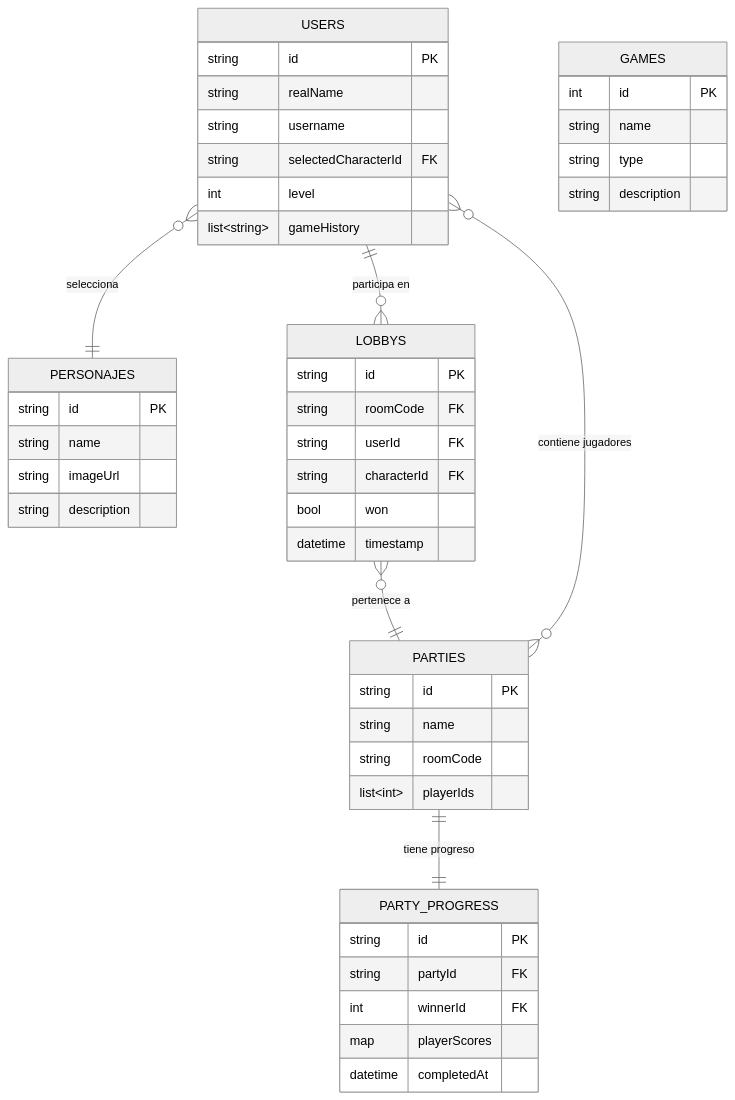
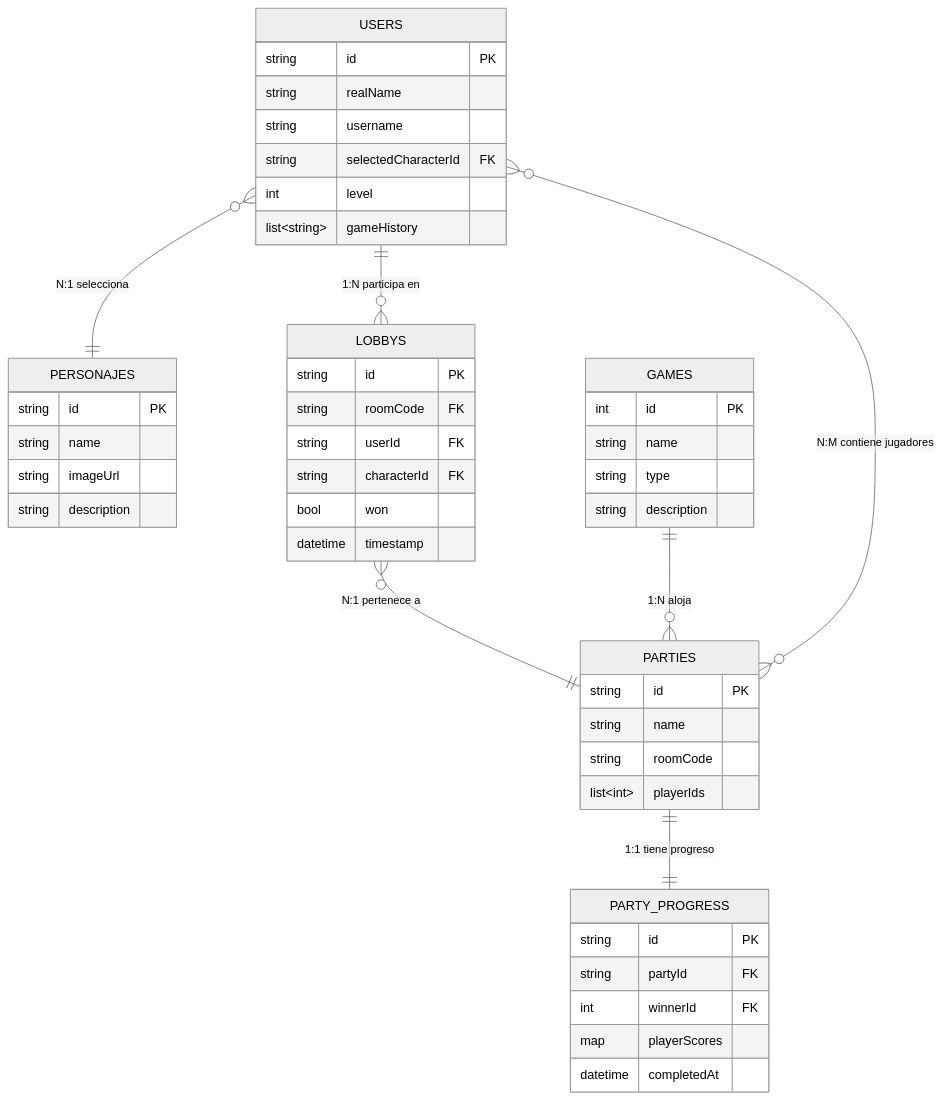
Before and after one commit to asimanstudios/ChirbitsLink-REPO: the second of 15 diagrams in dev/ChibitsLink/docs/Diagramas.md, drawn with Mermaid (neutral theme). The commit also changed other lines of this file and 1000 other files, not shown here.

Commit message:
setup-ajustes+gantt

````diff
--- a/dev/ChibitsLink/docs/Diagramas.md
+++ b/dev/ChibitsLink/docs/Diagramas.md
@@ -83,55 +84,56 @@
 ```mermaid
 erDiagram
     USERS {
         string id PK
         string realName
         string username
         string selectedCharacterId FK
         int level
         list~string~ gameHistory
     }
 
     PERSONAJES {
         string id PK
         string name
         string imageUrl
         string description
     }
 
     GAMES {
         int id PK
         string name
         string type
         string description
     }
 
     PARTIES {
         string id PK
         string name
         string roomCode
         list~int~ playerIds
     }
 
     PARTY_PROGRESS {
         string id PK
         string partyId FK
         int winnerId FK
         map playerScores
         datetime completedAt
     }
 
     LOBBYS {
         string id PK
         string roomCode FK
         string userId FK
         string characterId FK
         bool won
         datetime timestamp
     }
 
-    USERS ||--o{ LOBBYS : "participa en"
-    USERS }o--|| PERSONAJES : "selecciona"
-    PARTIES ||--|| PARTY_PROGRESS : "tiene progreso"
-    PARTIES }o--o{ USERS : "contiene jugadores"
-    LOBBYS }o--|| PARTIES : "pertenece a"
+    USERS ||--o{ LOBBYS : "1:N participa en"
+    USERS }o--|| PERSONAJES : "N:1 selecciona"
+    PARTIES ||--|| PARTY_PROGRESS : "1:1 tiene progreso"
+    PARTIES }o--o{ USERS : "N:M contiene jugadores"
+    LOBBYS }o--|| PARTIES : "N:1 pertenece a"
+    GAMES ||--o{ PARTIES : "1:N aloja"
 ```
````
